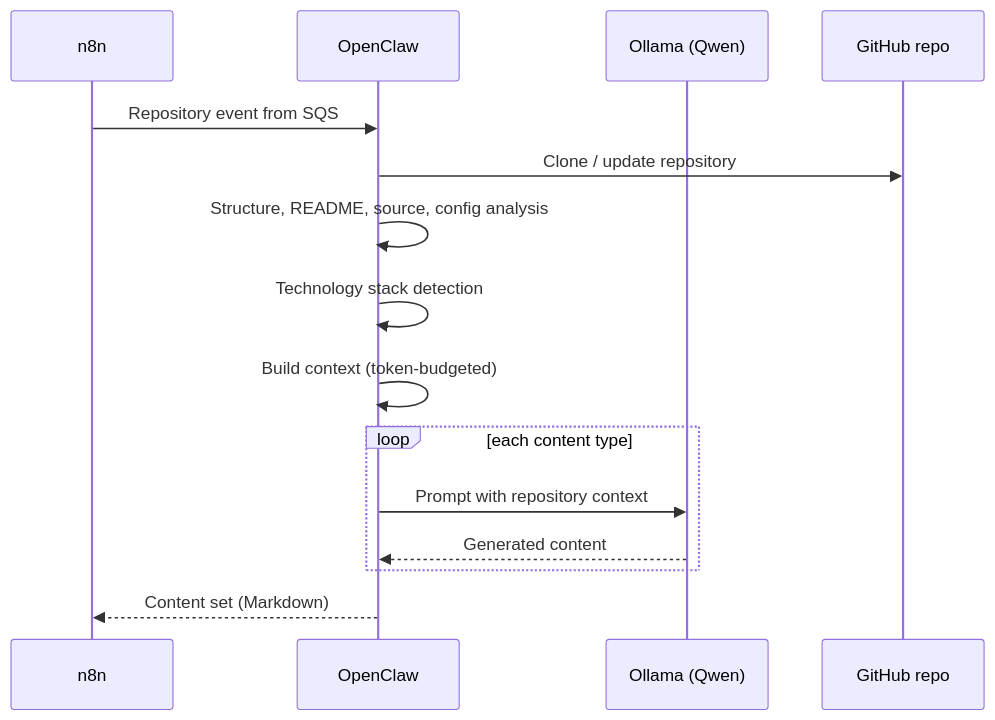
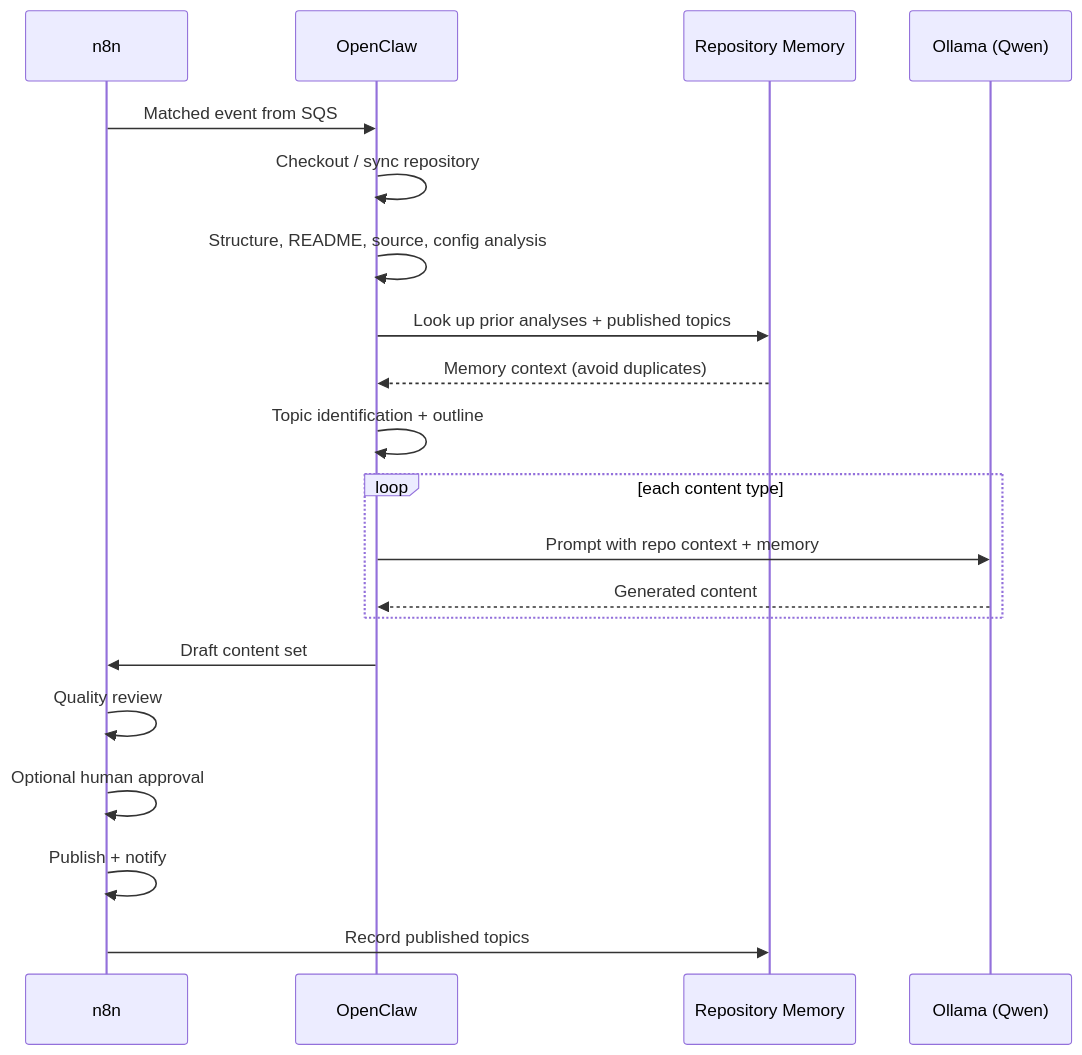
One commit to teddynted/ai-github-repository-blog-generator changed the fourth of 7 diagrams in docs/architecture.md. Above: the diagram before and after it, drawn with Mermaid. The commit also changed other lines of this file and 12 other files, not shown here.

````diff
--- a/docs/architecture.md
+++ b/docs/architecture.md
@@ -143,18 +161,23 @@
 ```mermaid
 sequenceDiagram
     participant N as n8n
     participant OC as OpenClaw
+    participant M as Repository Memory
     participant OL as Ollama (Qwen)
-    participant GH as GitHub repo
 
-    N->>OC: Repository event from SQS
-    OC->>GH: Clone / update repository
+    N->>OC: Matched event from SQS
+    OC->>OC: Checkout / sync repository
     OC->>OC: Structure, README, source, config analysis
-    OC->>OC: Technology stack detection
-    OC->>OC: Build context (token-budgeted)
+    OC->>M: Look up prior analyses + published topics
+    M-->>OC: Memory context (avoid duplicates)
+    OC->>OC: Topic identification + outline
     loop each content type
-        OC->>OL: Prompt with repository context
+        OC->>OL: Prompt with repo context + memory
         OL-->>OC: Generated content
     end
-    OC-->>N: Content set (Markdown)
+    OC->>N: Draft content set
+    N->>N: Quality review
+    N->>N: Optional human approval
+    N->>N: Publish + notify
+    N->>M: Record published topics
 ```
````
